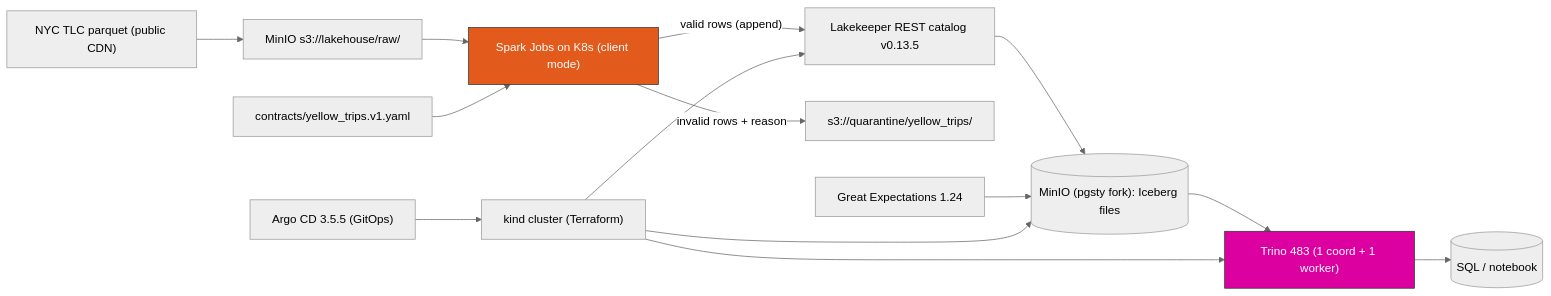
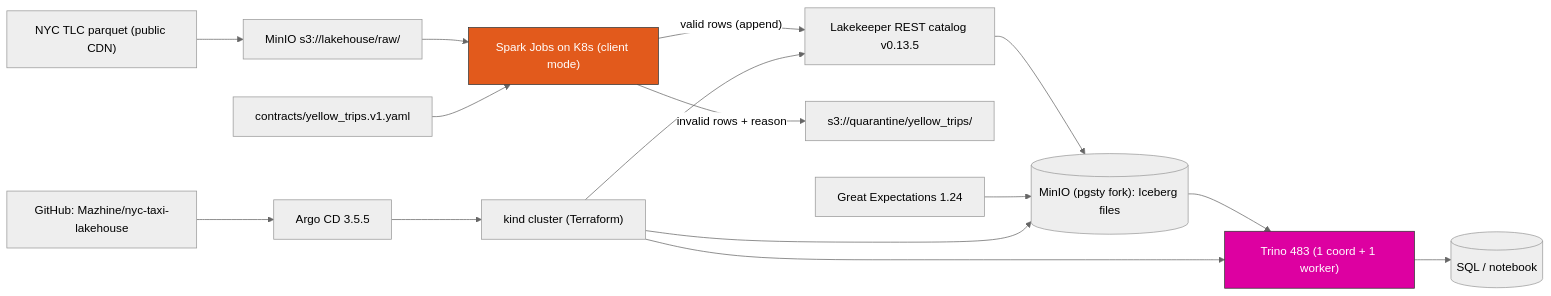
One commit to Mazhine/nyc-taxi-lakehouse changed the diagram in README.md. Above: the diagram before and after it, drawn with Mermaid (neutral theme). The commit also changed other lines of this file and 15 other files, not shown here.

First line of the commit message:
fix: correct quarantine arithmetic and prove Argo CD GitOps sync

````diff
--- a/README.md
+++ b/README.md
@@ -42,23 +57,24 @@
 ```mermaid
 flowchart LR
     TLC["NYC TLC parquet (public CDN)"] --> RAW["MinIO s3://lakehouse/raw/"]
     RAW --> SJ["Spark Jobs on K8s (client mode)"]
     SJ -->|"valid rows (append)"| LK["Lakekeeper REST catalog v0.13.5"]
     SJ -->|"invalid rows + reason"| Q["s3://quarantine/yellow_trips/"]
     CTR["contracts/yellow_trips.v1.yaml"] --> SJ
     LK --> MINIO[("MinIO (pgsty fork): Iceberg files")]
     MINIO --> TRINO["Trino 483 (1 coord + 1 worker)"]
     TRINO --> USER[("SQL / notebook")]
     GX["Great Expectations 1.24"] --> MINIO
-    ARGO["Argo CD 3.5.5 (GitOps)"] --> K8S["kind cluster (Terraform)"]
+    GIT["GitHub: Mazhine/nyc-taxi-lakehouse"] --> ARGO["Argo CD 3.5.5"]
+    ARGO --> K8S["kind cluster (Terraform)"]
     K8S --> MINIO
     K8S --> LK
     K8S --> TRINO
 
     classDef store fill:#c72e49,stroke:#333,color:#fff;
     classDef compute fill:#e25a1c,stroke:#333,color:#fff;
     classDef query fill:#dd00a1,stroke:#333,color:#fff;
     class MinIO store;
     class SJ compute;
     class TRINO query;
 ```
````
